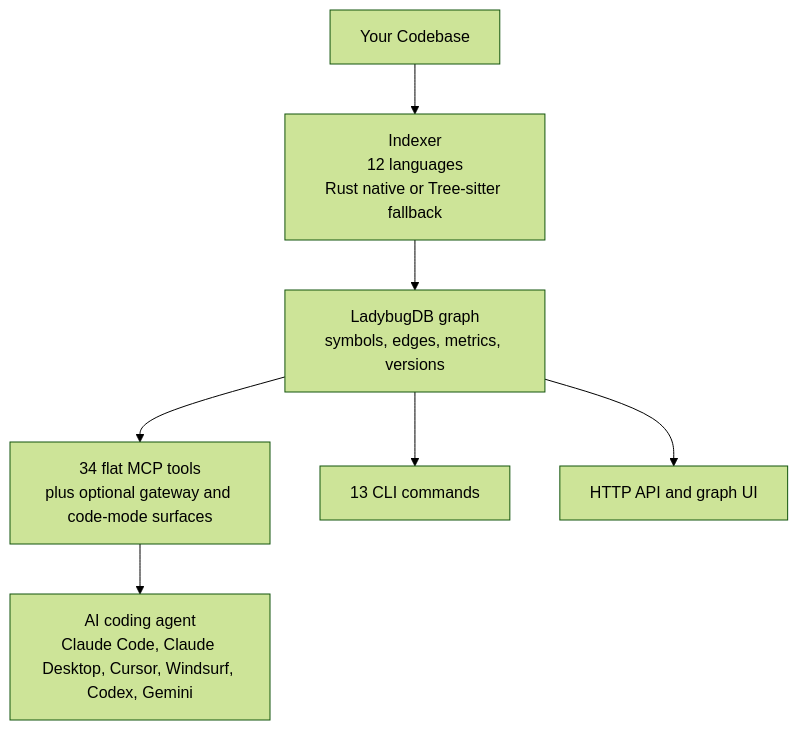
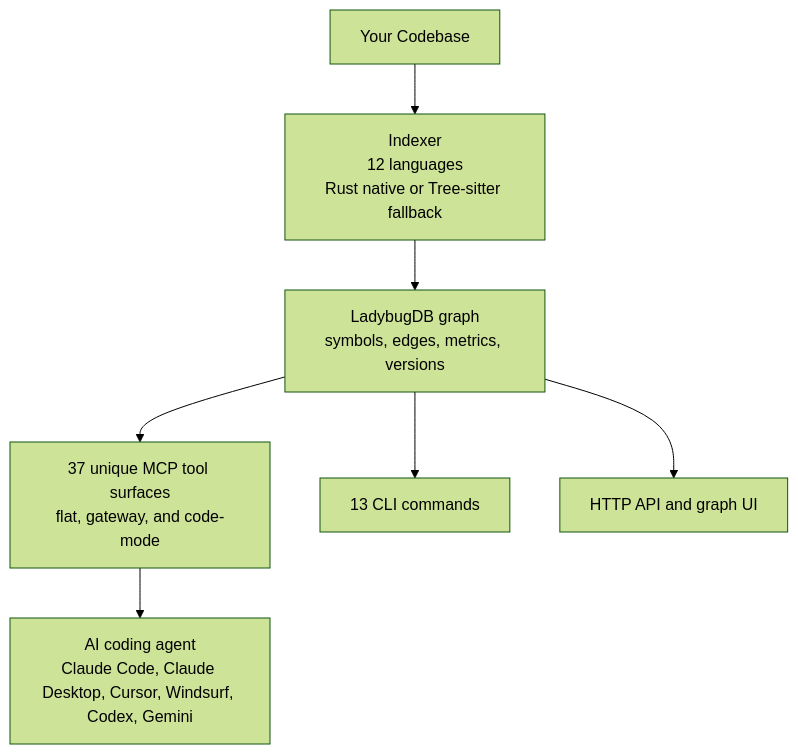
One commit to GlitterKill/sdl-mcp changed the first of 9 diagrams in README.md. Above: the diagram before and after it, drawn with Mermaid (forest theme). The commit also changed other lines of this file and 12 other files, not shown here.

````diff
--- a/README.md
+++ b/README.md
@@ -44,16 +40,16 @@
 ```mermaid
 flowchart TD
     Codebase["Your Codebase"]
     Indexer["Indexer<br/>12 languages<br/>Rust native or Tree-sitter fallback"]
     Graph["LadybugDB graph<br/>symbols, edges, metrics, versions"]
-    MCP["34 flat MCP tools<br/>plus optional gateway and code-mode surfaces"]
+    MCP["37 unique MCP tool surfaces<br/>flat, gateway, and code-mode"]
     CLI["13 CLI commands"]
     HTTP["HTTP API and graph UI"]
     Agent["AI coding agent<br/>Claude Code, Claude Desktop, Cursor, Windsurf, Codex, Gemini"]
 
     Codebase --> Indexer --> Graph
     Graph --> MCP
     Graph --> CLI
     Graph --> HTTP
     MCP --> Agent
 ```
````
